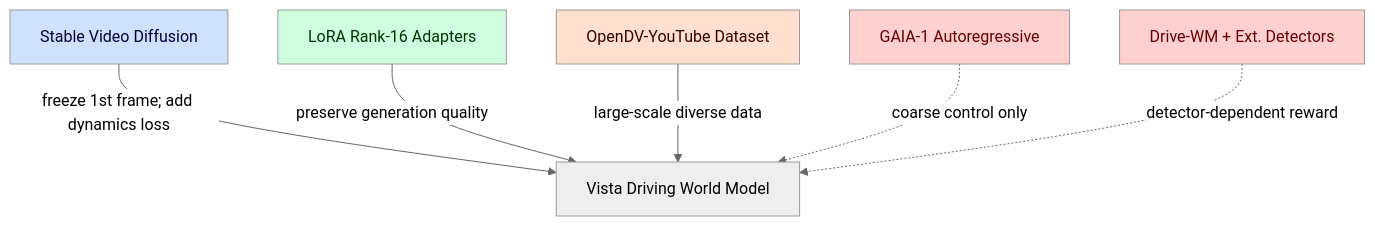
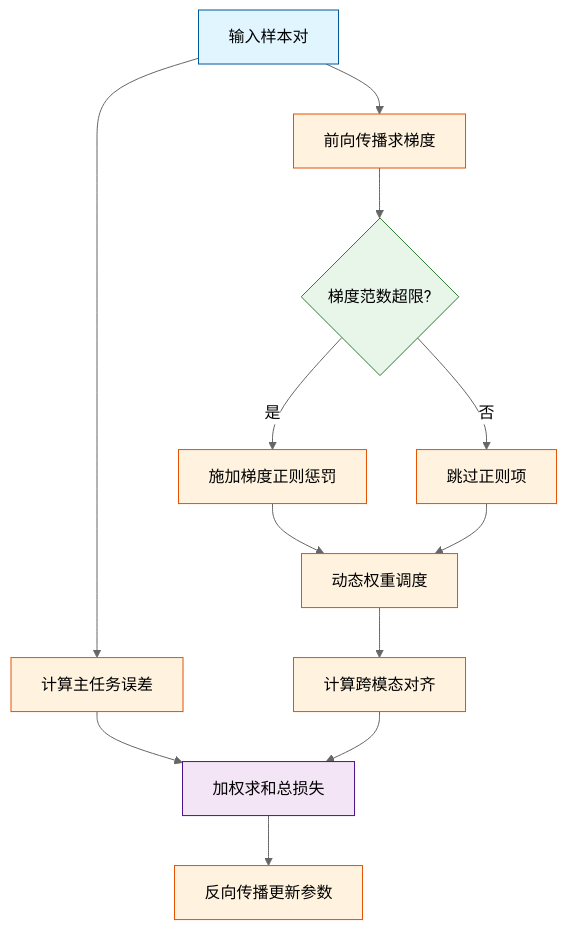
One commit to ShinewineW/paper-rolling changed the fourth of 10 diagrams in person_vault/2026-06-08_Vista_2405.17398/report.md. Above: the diagram before and after it, drawn with Mermaid (neutral theme). The commit also changed other lines of this file and 300 other files, not shown here.

````diff
--- a/person_vault/2026-06-08_Vista_2405.17398/report.md
+++ b/person_vault/2026-06-08_Vista_2405.17398/report.md
@@ -323,17 +159,24 @@
 ```mermaid
-graph TD
-  svd["Stable Video Diffusion"] -->|"freeze 1st frame; add dynamics loss"| vista["Vista Driving World Model"]
-  lora["LoRA Rank-16 Adapters"] -->|"preserve generation quality"| vista
-  opendv["OpenDV-YouTube Dataset"] -->|"large-scale diverse data"| vista
-  gaia1["GAIA-1 Autoregressive"] -.->|"coarse control only"| vista
-  drivewm["Drive-WM + Ext. Detectors"] -.->|"detector-dependent reward"| vista
+flowchart TD
+    classDef input fill:#e1f5fe,stroke:#01579b,color:#000;
+    classDef process fill:#fff3e0,stroke:#e65100,color:#000;
+    classDef decision fill:#e8f5e9,stroke:#2e7d32,color:#000;
+    classDef output fill:#f3e5f5,stroke:#4a148c,color:#000;
 
-  classDef base fill:#d0e0ff,color:#003;
-  classDef method fill:#d0ffe0,color:#030;
-  classDef dataset fill:#ffe0d0,color:#300;
-  classDef competitor fill:#ffd0d0,color:#600;
-  class svd base;
-  class lora method;
-  class opendv dataset;
-  class gaia1,drivewm competitor;
+    raw_data["输入样本对"] --> task_loss["计算主任务误差"]
+    raw_data --> grad_calc["前向传播求梯度"]
+    grad_calc --> norm_check{梯度范数超限?}
+    norm_check -- 是 --> reg_apply["施加梯度正则惩罚"]
+    norm_check -- 否 --> reg_skip["跳过正则项"]
+    reg_apply --> weight_schedule["动态权重调度"]
+    reg_skip --> weight_schedule
+    weight_schedule --> align_loss["计算跨模态对齐"]
+    task_loss --> sum_loss["加权求和总损失"]
+    align_loss --> sum_loss
+    sum_loss --> backward["反向传播更新参数"]
+
+    class raw_data input;
+    class task_loss,grad_calc,reg_apply,reg_skip,weight_schedule,align_loss,backward process;
+    class norm_check decision;
+    class sum_loss output;
 ```
````
